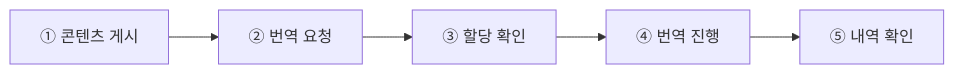
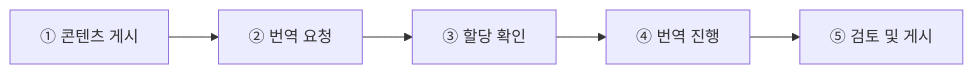
The first of 2 diagrams in src/content/docs/gced/manual/06-translation.md (sknkwoxs/manual-book), drawn with Mermaid before and after one commit. The commit also changed other lines of this file and 5 other files, not shown here.

````diff
--- a/src/content/docs/gced/manual/06-translation.md
+++ b/src/content/docs/gced/manual/06-translation.md
@@ -87,7 +85,7 @@
 ```mermaid
 flowchart LR
     A[① 콘텐츠 게시] --> B[② 번역 요청]
     B --> C[③ 할당 확인]
     C --> D[④ 번역 진행]
-    D --> E[⑤ 내역 확인]
+    D --> E[⑤ 검토 및 게시]
 ```
````
